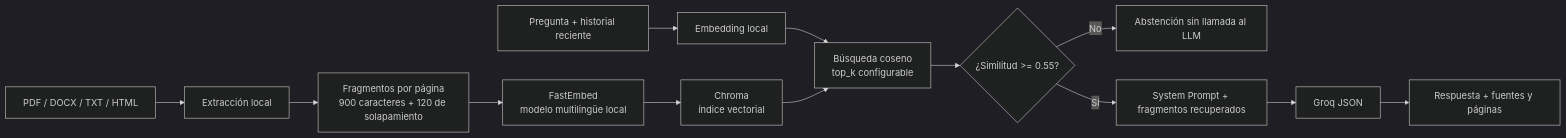
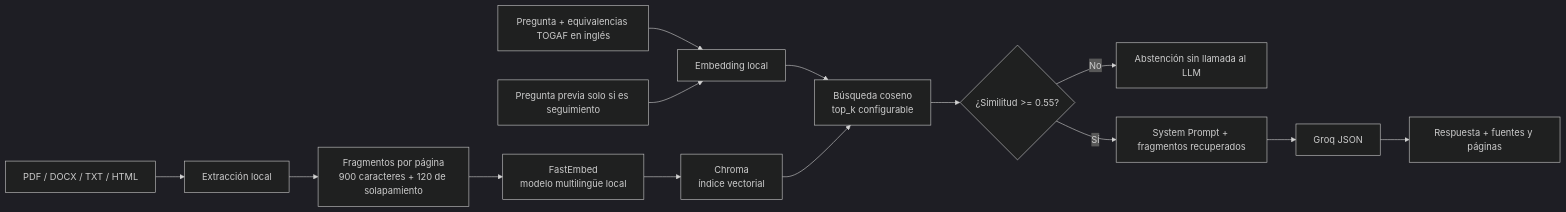
The diagram in README.md (SharonKarina/Tutor-TOGAF), drawn with Mermaid (dark theme) before and after one commit. The commit also changed other lines of this file and 4 other files, not shown here.

````diff
--- a/README.md
+++ b/README.md
@@ -29,15 +29,16 @@
 ```mermaid
 flowchart LR
     A[PDF / DOCX / TXT / HTML] --> B[Extracción local]
     B --> C[Fragmentos por página\n900 caracteres + 120 de solapamiento]
     C --> D[FastEmbed\nmodelo multilingüe local]
     D --> E[Chroma\níndice vectorial]
-    F[Pregunta + historial reciente] --> G[Embedding local]
+    F[Pregunta + equivalencias TOGAF en inglés] --> G[Embedding local]
+    X[Pregunta previa solo si es seguimiento] --> G
     G --> H[Búsqueda coseno\ntop_k configurable]
     E --> H
     H --> I{¿Similitud >= 0.55?}
     I -->|No| J[Abstención sin llamada al LLM]
     I -->|Sí| K[System Prompt + fragmentos recuperados]
     K --> L[Groq JSON]
     L --> M[Respuesta + fuentes y páginas]
 ```
````
